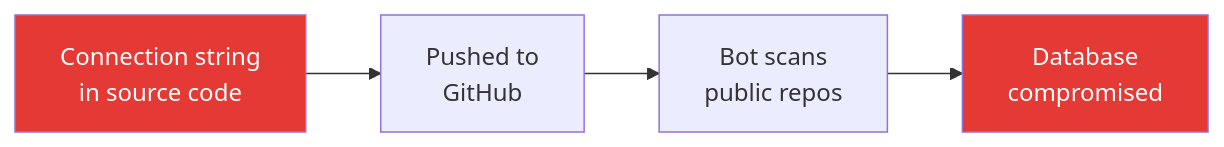
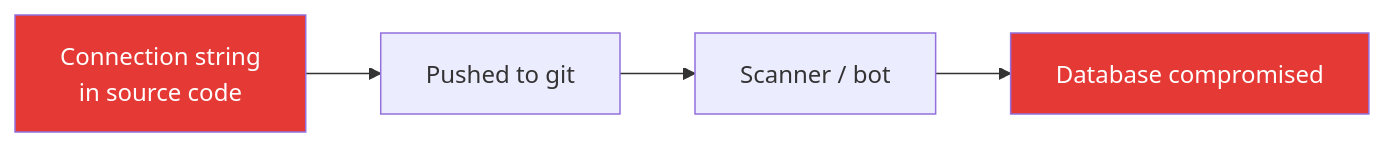
Before and after one commit to devomh/comp4098-2026: the third of 3 diagrams in week_11/w11_l22_concept_data_security.md, drawn with Mermaid. The commit also changed other lines of this file and 3 other files, not shown here.

````diff
--- a/week_11/w11_l22_concept_data_security.md
+++ b/week_11/w11_l22_concept_data_security.md
@@ -243,12 +196,8 @@
 ```mermaid
 graph LR
-    BAD["Connection string<br/>in source code"]
-    GIT["Pushed to<br/>GitHub"]
-    BOT["Bot scans<br/>public repos"]
-    BREACH["Database<br/>compromised"]
-
-    BAD --> GIT --> BOT --> BREACH
-
-    style BAD fill:#E53935,color:white
-    style BREACH fill:#E53935,color:white
+    A[Connection string<br/>in source code] --> B[Pushed to git]
+    B --> C[Scanner / bot]
+    C --> D[Database compromised]
+    style A fill:#E53935,color:white
+    style D fill:#E53935,color:white
 ```
````
